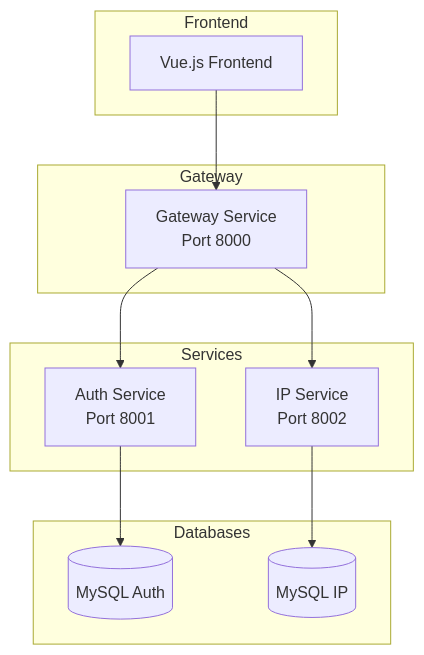
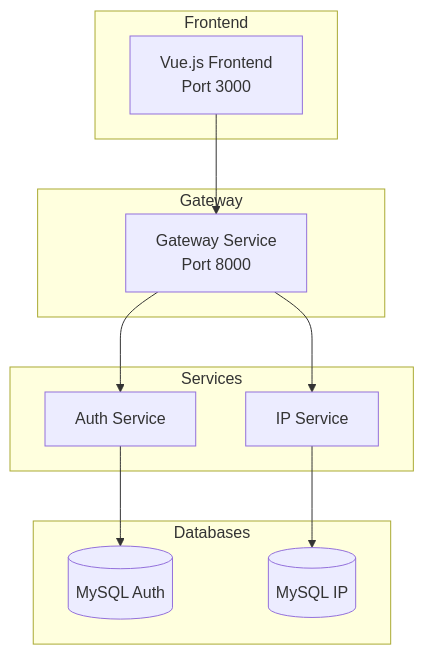
One commit to acg8326/ipam-microservices changed the diagram in README.md. Above: the diagram before and after it, drawn with Mermaid. The commit also changed other lines of this file and 6 other files, not shown here.

````diff
--- a/README.md
+++ b/README.md
@@ -7,26 +7,26 @@
 ```mermaid
 flowchart TB
     subgraph Frontend
-        VUE[Vue.js Frontend]
+        VUE[Vue.js Frontend<br/>Port 3000]
     end
     
     subgraph Gateway
         GW[Gateway Service<br/>Port 8000]
     end
     
     subgraph Services
-        AUTH[Auth Service<br/>Port 8001]
-        IP[IP Service<br/>Port 8002]
+        AUTH[Auth Service]
+        IP[IP Service]
     end
     
     subgraph Databases
         DB1[(MySQL Auth)]
         DB2[(MySQL IP)]
     end
     
     VUE --> GW
     GW --> AUTH
     GW --> IP
     AUTH --> DB1
     IP --> DB2
 ```
````
